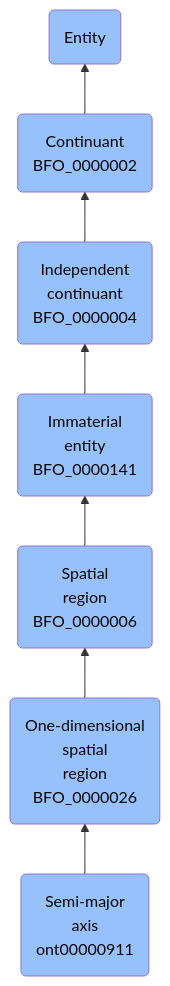
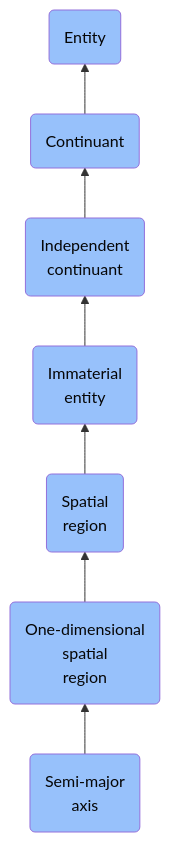
Before and after one commit to jupyter-naas/abi: the diagram in docs/ontology/reference/model/Entity/Continuant/Independent continuant/Immaterial entity/Spatial region/One-dimensional spatial region/Semi-major axis/Semi-major axis.md, drawn with Mermaid. The commit also changed other lines of this file and 1430 other files, not shown here.

````diff
--- a/docs/ontology/reference/model/Entity/Continuant/Independent continuant/Immaterial entity/Spatial region/One-dimensional spatial region/Semi-major axis/Semi-major axis.md
+++ b/docs/ontology/reference/model/Entity/Continuant/Independent continuant/Immaterial entity/Spatial region/One-dimensional spatial region/Semi-major axis/Semi-major axis.md
@@ -24,14 +24,14 @@
 ```mermaid
 graph BT
-    ont00000911(Semi-major<br>axis<br>ont00000911):::BFO-->BFO_0000026
-    BFO_0000026(One-dimensional<br>spatial<br>region<br>BFO_0000026):::BFO-->BFO_0000006
-    BFO_0000006(Spatial<br>region<br>BFO_0000006):::BFO-->BFO_0000141
-    BFO_0000141(Immaterial<br>entity<br>BFO_0000141):::BFO-->BFO_0000004
-    BFO_0000004(Independent<br>continuant<br>BFO_0000004):::BFO-->BFO_0000002
-    BFO_0000002(Continuant<br>BFO_0000002):::BFO-->BFO_0000001
+    ont00000911(Semi-major<br>axis):::BFO-->BFO_0000026
+    BFO_0000026(One-dimensional<br>spatial<br>region):::BFO-->BFO_0000006
+    BFO_0000006(Spatial<br>region):::BFO-->BFO_0000141
+    BFO_0000141(Immaterial<br>entity):::BFO-->BFO_0000004
+    BFO_0000004(Independent<br>continuant):::BFO-->BFO_0000002
+    BFO_0000002(Continuant):::BFO-->BFO_0000001
     BFO_0000001(Entity):::BFO
     
     classDef BFO fill:#97c1fb,color:#060606
     classDef CCO fill:#e4c51e,color:#060606
     classDef ABI fill:#48DD82,color:#060606
 ```
````
